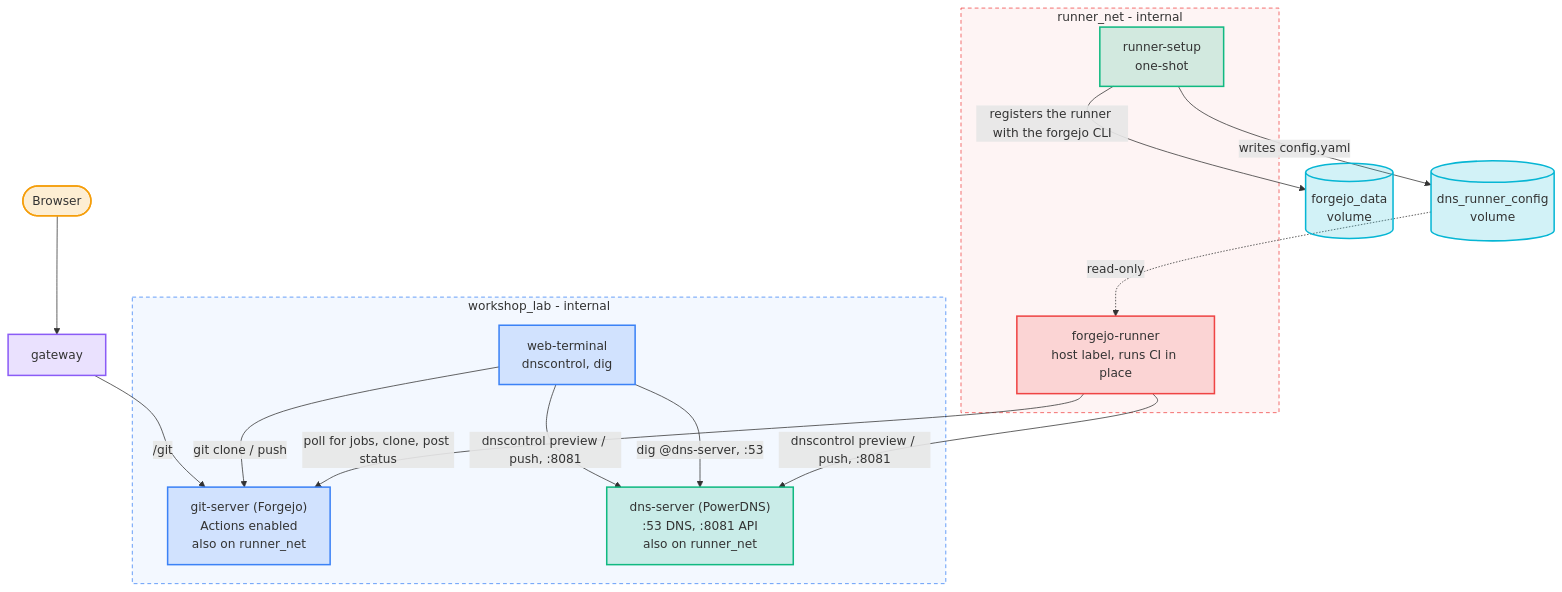
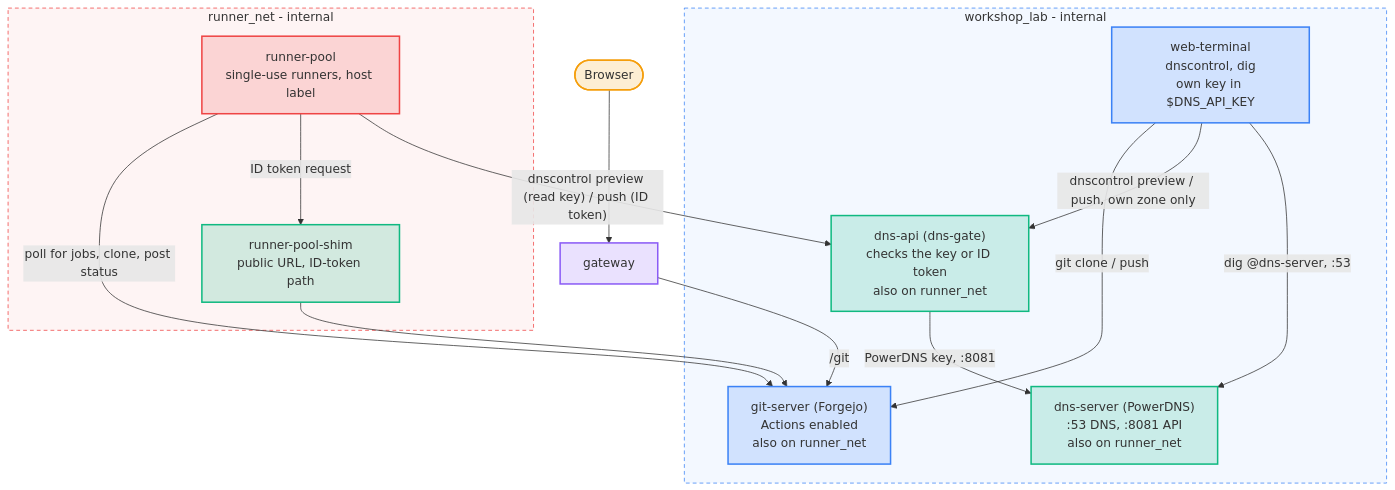
One commit to fiddler110/GitOps_Dojo changed the fifth of 14 diagrams in README.md. Above: the diagram before and after it, drawn with Mermaid. The commit also changed other lines of this file and 40 other files, not shown here.

````diff
--- a/README.md
+++ b/README.md
@@ -350,43 +355,39 @@
 ```mermaid
 graph TB
     Browser(["Browser"]) --> GW["gateway"]
     GW -->|"/git"| GS
 
     subgraph lab["workshop_lab - internal"]
-        WT["web-terminal<br/>dnscontrol, dig"]
+        WT["web-terminal<br/>dnscontrol, dig<br/>own key in $DNS_API_KEY"]
         GS["git-server (Forgejo)<br/>Actions enabled<br/>also on runner_net"]
+        API["dns-api (dns-gate)<br/>checks the key or ID token<br/>also on runner_net"]
         DNS["dns-server (PowerDNS)<br/>:53 DNS, :8081 API<br/>also on runner_net"]
     end
 
     subgraph rn["runner_net - internal"]
-        RS["runner-setup<br/>one-shot"]
-        RN["forgejo-runner<br/>host label, runs CI in place"]
+        RP["runner-pool<br/>single-use runners, host label"]
+        SH["runner-pool-shim<br/>public URL, ID-token path"]
     end
 
-    RC[("dns_runner_config<br/>volume")]
-    FD[("forgejo_data<br/>volume")]
-
     WT -->|"git clone / push"| GS
-    WT -->|"dnscontrol preview / push, :8081"| DNS
+    WT -->|"dnscontrol preview / push, own zone only"| API
     WT -->|"dig @dns-server, :53"| DNS
-    RN -->|"poll for jobs, clone, post status"| GS
-    RN -->|"dnscontrol preview / push, :8081"| DNS
-    RS -->|"registers the runner with the forgejo CLI"| FD
-    RS -->|"writes config.yaml"| RC
-    RC -.->|"read-only"| RN
+    API -->|"PowerDNS key, :8081"| DNS
+    RP -->|"poll for jobs, clone, post status"| GS
+    RP -->|"ID token request"| SH
+    SH --> GS
+    RP -->|"dnscontrol preview (read key) / push (ID token)"| API
 
     classDef addon fill:#10b9812e,stroke:#10b981,stroke-width:2px
     classDef core fill:#3b82f62e,stroke:#3b82f6,stroke-width:2px
     classDef gw fill:#8b5cf62e,stroke:#8b5cf6,stroke-width:2px
     classDef person fill:#f59e0b2e,stroke:#f59e0b,stroke-width:2px
     classDef priv fill:#ef44442e,stroke:#ef4444,stroke-width:2px
-    classDef store fill:#06b6d42e,stroke:#06b6d4,stroke-width:2px
-    class DNS,RS addon
+    class DNS,API,SH addon
     class WT,GS core
     class GW gw
     class Browser person
-    class RN priv
-    class RC,FD store
+    class RP priv
     style lab fill:#3b82f60f,stroke:#3b82f6,stroke-width:1px,stroke-dasharray:5 4
     style rn fill:#ef44440f,stroke:#ef4444,stroke-width:1px,stroke-dasharray:5 4
 ```
````
